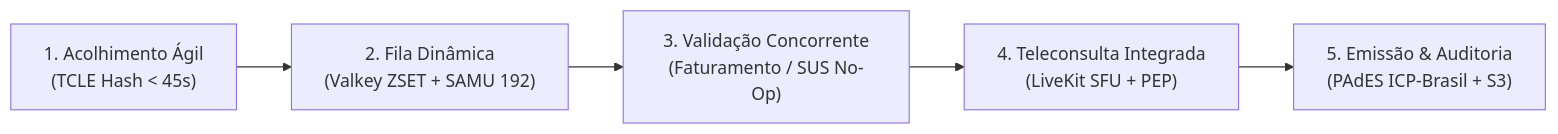
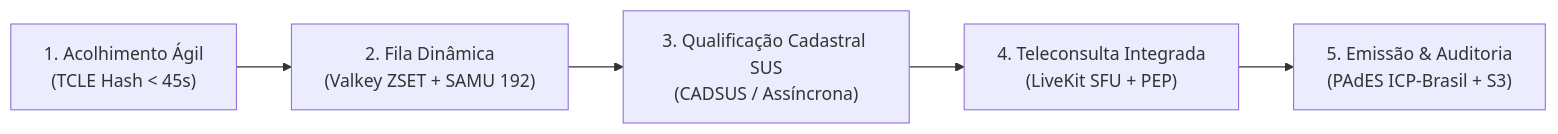
Before and after one commit to Rafaelp122/medisync: the first of 2 diagrams in README.md, drawn with Mermaid. The commit also changed other lines of this file and 27 other files, not shown here.

````diff
--- a/README.md
+++ b/README.md
@@ -30,7 +30,7 @@
 ```mermaid
 flowchart LR
     A["1. Acolhimento Ágil<br/>(TCLE Hash < 45s)"] --> B["2. Fila Dinâmica<br/>(Valkey ZSET + SAMU 192)"]
-    B --> C["3. Validação Concorrente<br/>(Faturamento / SUS No-Op)"]
+    B --> C["3. Qualificação Cadastral SUS<br/>(CADSUS / Assíncrona)"]
     C --> D["4. Teleconsulta Integrada<br/>(LiveKit SFU + PEP)"]
     D --> E["5. Emissão & Auditoria<br/>(PAdES ICP-Brasil + S3)"]
 ```
````
